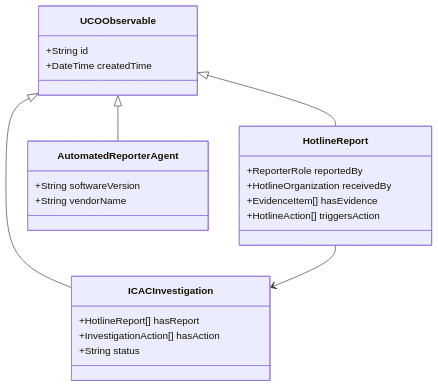
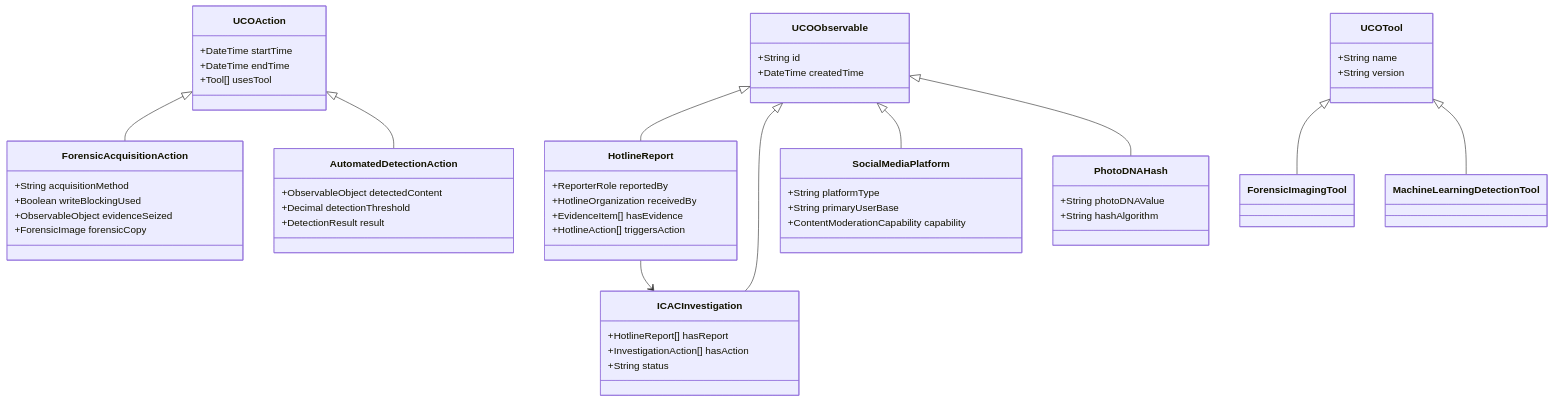
One commit to vulnmaster/UCO changed the third of 4 diagrams in ontology/icac/docs/architecture.md. Above: the diagram before and after it, drawn with Mermaid. The commit also changed other lines of this file and 42 other files, not shown here.

````diff
--- a/ontology/icac/docs/architecture.md
+++ b/ontology/icac/docs/architecture.md
@@ -71,30 +191,65 @@
 ```mermaid
 classDiagram
     class UCOObservable {
         +String id
         +DateTime createdTime
+    }
+    
+    class UCOAction {
+        +DateTime startTime
+        +DateTime endTime
+        +Tool[] usesTool
+    }
+    
+    class UCOTool {
+        +String name
+        +String version
     }
     
     class HotlineReport {
         +ReporterRole reportedBy
         +HotlineOrganization receivedBy
         +EvidenceItem[] hasEvidence
         +HotlineAction[] triggersAction
     }
     
     class ICACInvestigation {
         +HotlineReport[] hasReport
         +InvestigationAction[] hasAction
         +String status
     }
     
-    class AutomatedReporterAgent {
-        +String softwareVersion
-        +String vendorName
+    class ForensicAcquisitionAction {
+        +String acquisitionMethod
+        +Boolean writeBlockingUsed
+        +ObservableObject evidenceSeized
+        +ForensicImage forensicCopy
+    }
+    
+    class AutomatedDetectionAction {
+        +ObservableObject detectedContent
+        +Decimal detectionThreshold
+        +DetectionResult result
+    }
+    
+    class SocialMediaPlatform {
+        +String platformType
+        +String primaryUserBase
+        +ContentModerationCapability capability
+    }
+    
+    class PhotoDNAHash {
+        +String photoDNAValue
+        +String hashAlgorithm
     }
     
     UCOObservable <|-- HotlineReport
     UCOObservable <|-- ICACInvestigation
+    UCOObservable <|-- SocialMediaPlatform
+    UCOObservable <|-- PhotoDNAHash
+    UCOAction <|-- ForensicAcquisitionAction
+    UCOAction <|-- AutomatedDetectionAction
+    UCOTool <|-- ForensicImagingTool
+    UCOTool <|-- MachineLearningDetectionTool
     HotlineReport --> ICACInvestigation
-    UCOObservable <|-- AutomatedReporterAgent
 ```
````
